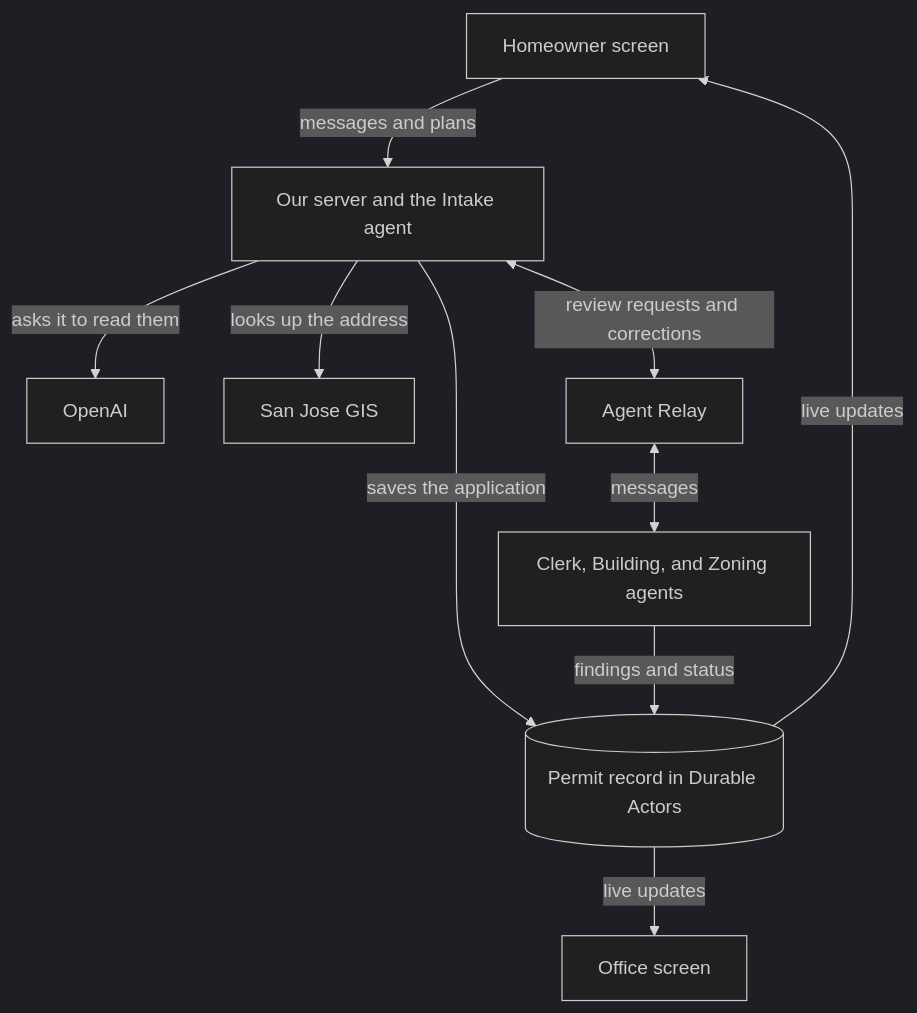
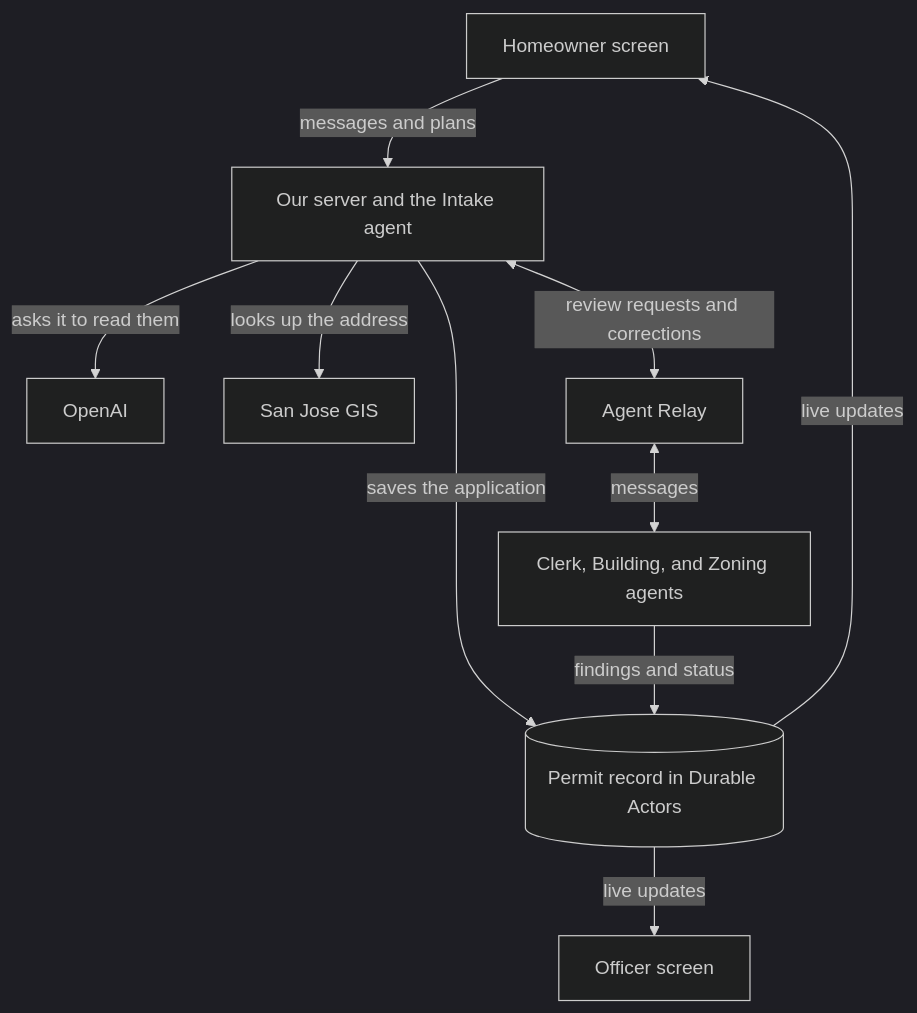
One commit to julurisaichandu/stampede changed the second of 4 diagrams in README.md. Above: the diagram before and after it, drawn with Mermaid (dark theme). The commit also changed other lines of this file and 4 other files, not shown here.

````diff
--- a/README.md
+++ b/README.md
@@ -65,21 +135,21 @@
 ```mermaid
 flowchart TB
     home["Homeowner screen"]
-    office["Office screen"]
+    office["Officer screen"]
     api["Our server and the Intake agent"]
     openai["OpenAI"]
     gis["San Jose GIS"]
     record[("Permit record in Durable Actors")]
     relay["Agent Relay"]
     agents["Clerk, Building, and Zoning agents"]
 
     home -->|"messages and plans"| api
     api -->|"asks it to read them"| openai
     api -->|"looks up the address"| gis
     api -->|"saves the application"| record
     api <-->|"review requests and corrections"| relay
     relay <-->|"messages"| agents
     agents -->|"findings and status"| record
     record -->|"live updates"| home
     record -->|"live updates"| office
 ```
````
